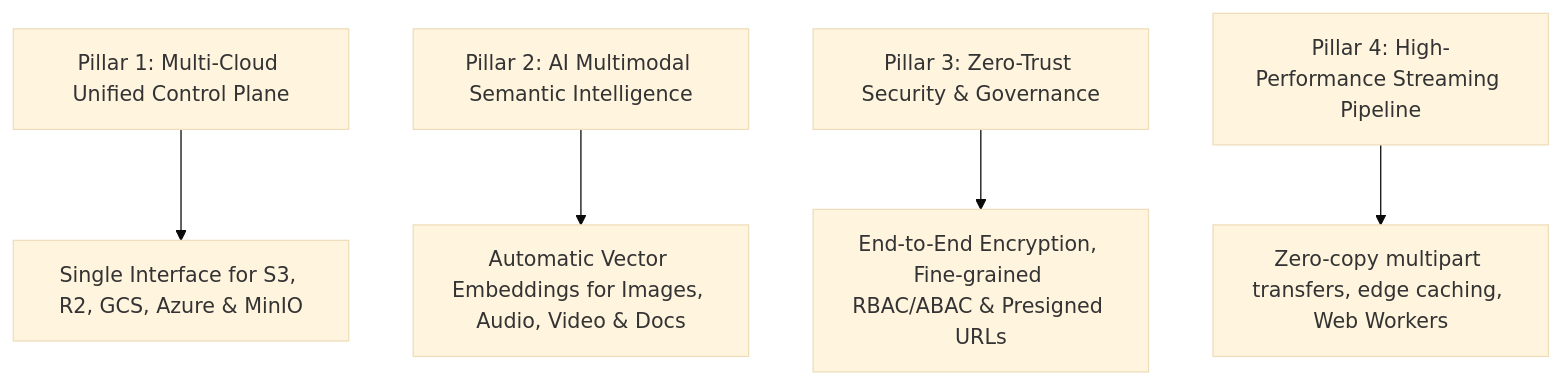
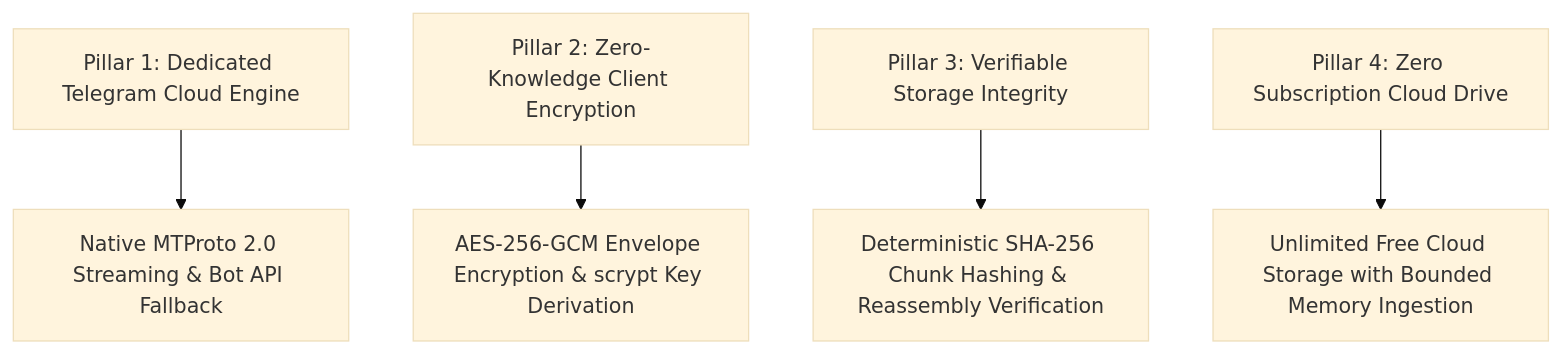
Before and after one commit to vanrajsinh650/BucketSpace: the diagram in context/01_PRODUCT_VISION.md, drawn with Mermaid (base theme). The commit also changed other lines of this file and 38 other files, not shown here.

Commit message:
remove ai components and cloud connectors to focus exclusively on telegram storage

````diff
--- a/context/01_PRODUCT_VISION.md
+++ b/context/01_PRODUCT_VISION.md
@@ -10,7 +10,7 @@
 ```mermaid
 graph TD
-    Pillar1[Pillar 1: Multi-Cloud Unified Control Plane] --> Unified[Single Interface for S3, R2, GCS, Azure & MinIO]
-    Pillar2[Pillar 2: AI Multimodal Semantic Intelligence] --> AI[Automatic Vector Embeddings for Images, Audio, Video & Docs]
-    Pillar3[Pillar 3: Zero-Trust Security & Governance] --> Security[End-to-End Encryption, Fine-grained RBAC/ABAC & Presigned URLs]
-    Pillar4[Pillar 4: High-Performance Streaming Pipeline] --> Performance[Zero-copy multipart transfers, edge caching, Web Workers]
+    Pillar1[Pillar 1: Dedicated Telegram Cloud Engine] --> Telegram[Native MTProto 2.0 Streaming & Bot API Fallback]
+    Pillar2[Pillar 2: Zero-Knowledge Client Encryption] --> Security[AES-256-GCM Envelope Encryption & scrypt Key Derivation]
+    Pillar3[Pillar 3: Verifiable Storage Integrity] --> Integrity[Deterministic SHA-256 Chunk Hashing & Reassembly Verification]
+    Pillar4[Pillar 4: Zero Subscription Cloud Drive] --> Unlimited[Unlimited Free Cloud Storage with Bounded Memory Ingestion]
 ```
````
